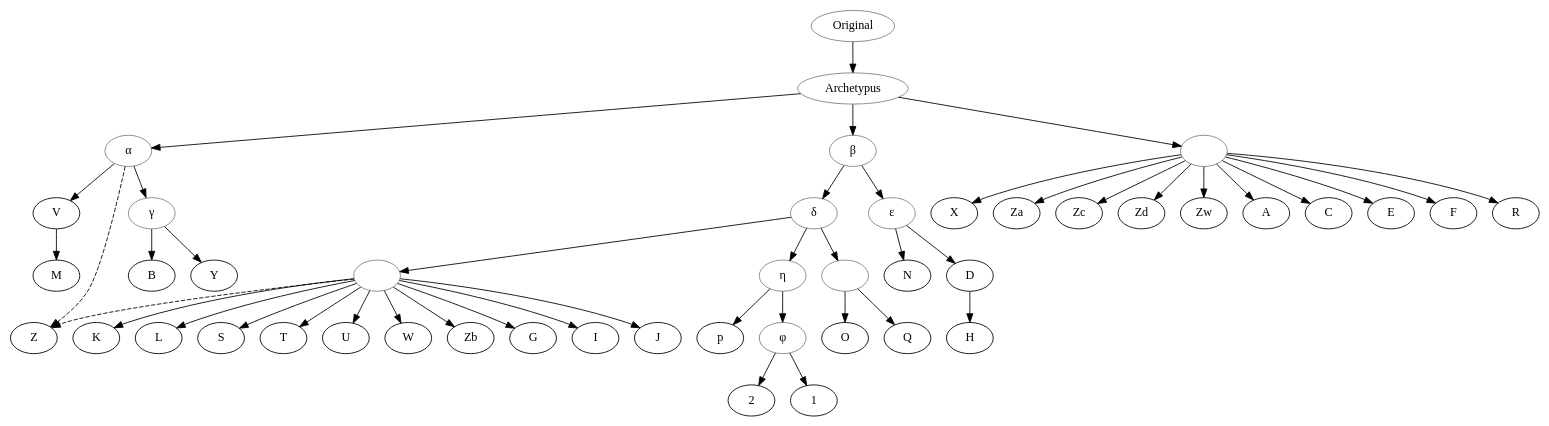
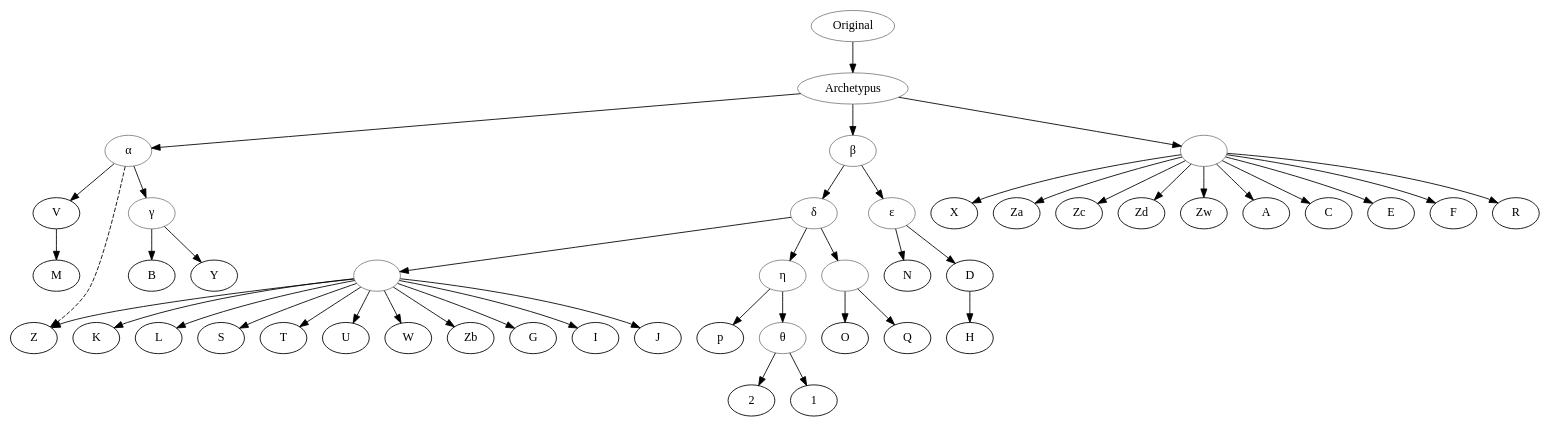
The diagram in data/gmh/Huebner_1964_Rennewart/stemma.gv (OpenStemmata/database), drawn with Graphviz before and after one commit. The commit also changed 1 other file, not shown here.

```diff
--- a/data/gmh/Huebner_1964_Rennewart/stemma.gv
+++ b/data/gmh/Huebner_1964_Rennewart/stemma.gv
@@ -1,65 +1,65 @@
 digraph {
     Original -> Archetypus
     Original[color="grey"]
     Archetypus[color="grey"]
 
-    Archetypus -> LinieAlpha
-    LinieAlpha[label="α", color="grey"]
+    Archetypus -> Alpha
+    Alpha[label="α", color="grey"]
     
-    LinieAlpha -> V
+    Alpha -> V
     V -> M
-    LinieAlpha -> Z[style=dashed]
-    LinieAlpha -> Gamma 
+    Alpha -> Z[style=dashed]
+    Alpha -> Gamma 
     Gamma[label="γ", color="grey"]
     Gamma -> Ypsilon
     Ypsilon[label="Y"]
     Gamma -> B 
 
     Archetypus -> LinieBeta
     LinieBeta[label="β", color="grey"]
     LinieBeta -> Epsilon
     Epsilon[label="ε", color="grey"]
     Epsilon -> D
     D -> H 
     Epsilon -> N 
     LinieBeta -> Delta
     Delta[label="δ", color="grey"]
     Delta -> QO
     QO[label="", color="grey"]
     QO -> Q
     QO -> O 
     Delta -> GIJKLSTUWZb
     GIJKLSTUWZb[label="", color="grey"]
-    GIJKLSTUWZb -> Z[style=dashed]
+    GIJKLSTUWZb -> Z
     GIJKLSTUWZb -> G 
     GIJKLSTUWZb -> I
     GIJKLSTUWZb -> J
-    GIJKLSTUWZb -> K # im Stemma.png großgeschrieben, warum? Bei Hübner nachsehen!
+    GIJKLSTUWZb -> K 
     GIJKLSTUWZb -> L 
     GIJKLSTUWZb -> S
     GIJKLSTUWZb -> T
     GIJKLSTUWZb -> U
     GIJKLSTUWZb -> W
     GIJKLSTUWZb -> Zb 
     Delta -> Eta
     Eta[label="η", color="grey"]
-    Eta -> Phi
-    Phi[label="φ", color="grey"]
-    Phi -> 2
-    Phi -> 1 
+    Eta -> Theta
+    Theta[label="θ", color="grey"]
+    Theta -> 2
+    Theta -> 1 
     Eta -> p 
 
-    Archetypus -> LinieGamma
-    LinieGamma[label="", color=grey]
-    LinieGamma -> A 
-    LinieGamma -> C 
-    LinieGamma -> E 
-    LinieGamma -> F
-    LinieGamma -> R
-    LinieGamma -> X
-    LinieGamma -> Za
-    LinieGamma -> Zc 
-    LinieGamma -> Zd 
-    LinieGamma -> Zw 
+    Archetypus -> Gamma2
+    Gamma2[label="", color=grey]
+    Gamma2 -> A 
+    Gamma2 -> C 
+    Gamma2 -> E 
+    Gamma2 -> F
+    Gamma2 -> R
+    Gamma2 -> X
+    Gamma2 -> Za
+    Gamma2 -> Zc 
+    Gamma2 -> Zd 
+    Gamma2 -> Zw 
 
 }
```
